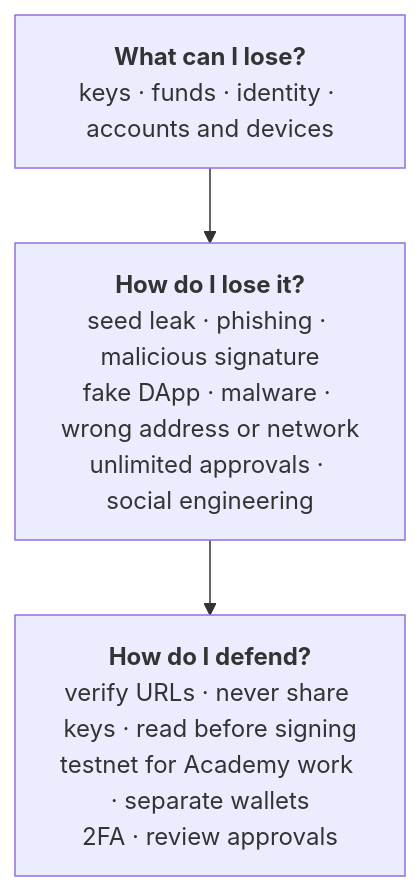
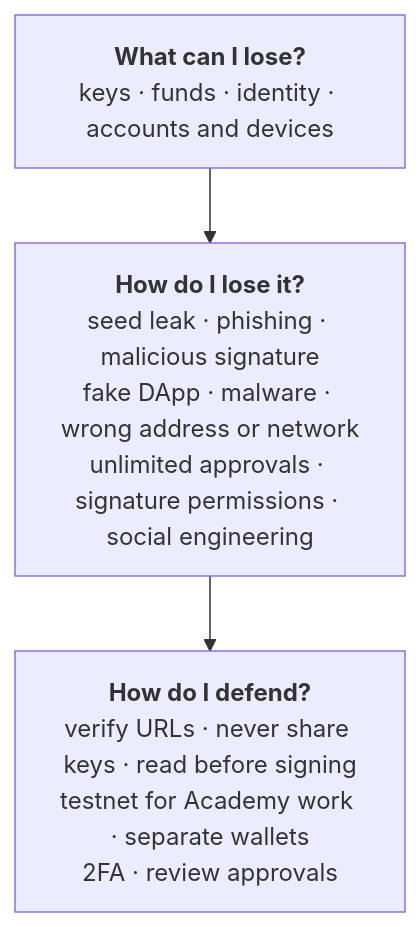
Before and after one commit to Blockchain-NTU-SG/academy-handbook: the diagram in docs/curriculum/week-0/day-4-safety.md, drawn with Mermaid. The commit also changed other lines of this file and 17 other files, not shown here.

````diff
--- a/docs/curriculum/week-0/day-4-safety.md
+++ b/docs/curriculum/week-0/day-4-safety.md
@@ -49,6 +49,6 @@
 ```mermaid
 flowchart TD
   A["<b>What can I lose?</b><br/>keys · funds · identity · accounts and devices"]
-  A --> B["<b>How do I lose it?</b><br/>seed leak · phishing · malicious signature<br/>fake DApp · malware · wrong address or network<br/>unlimited approvals · social engineering"]
+  A --> B["<b>How do I lose it?</b><br/>seed leak · phishing · malicious signature<br/>fake DApp · malware · wrong address or network<br/>unlimited approvals · signature permissions · social engineering"]
   B --> C["<b>How do I defend?</b><br/>verify URLs · never share keys · read before signing<br/>testnet for Academy work · separate wallets<br/>2FA · review approvals"]
 ```
````
